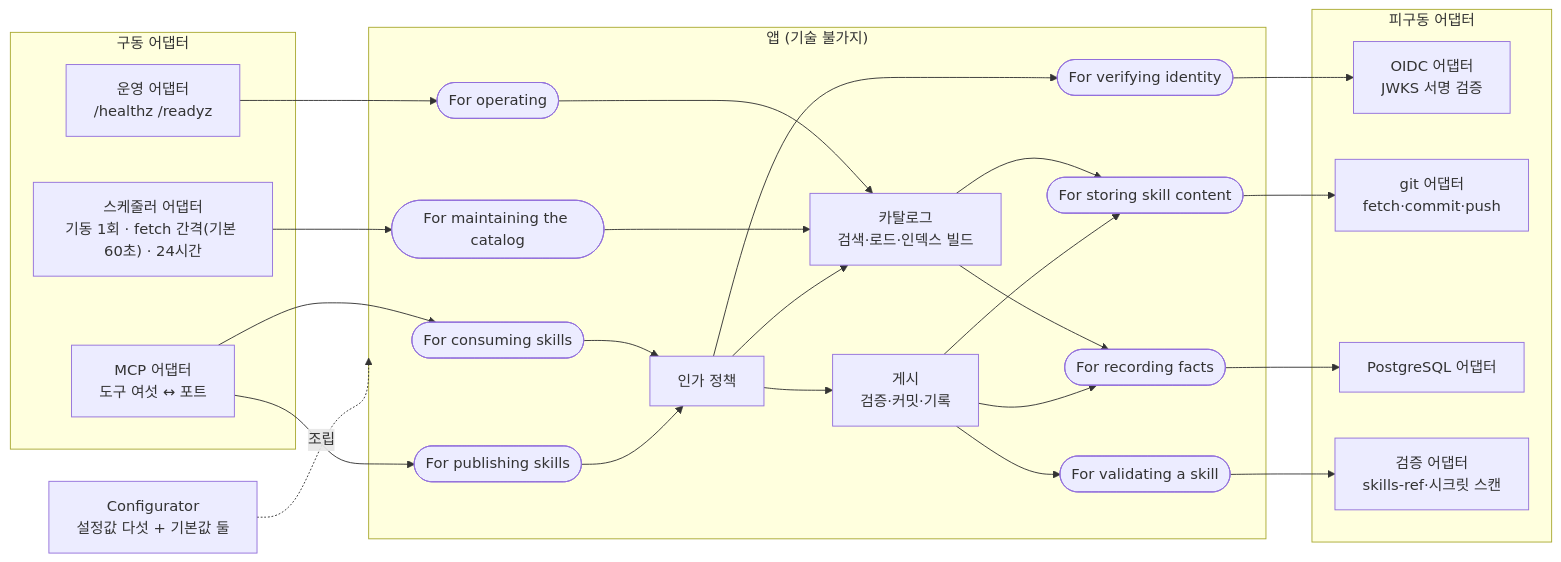
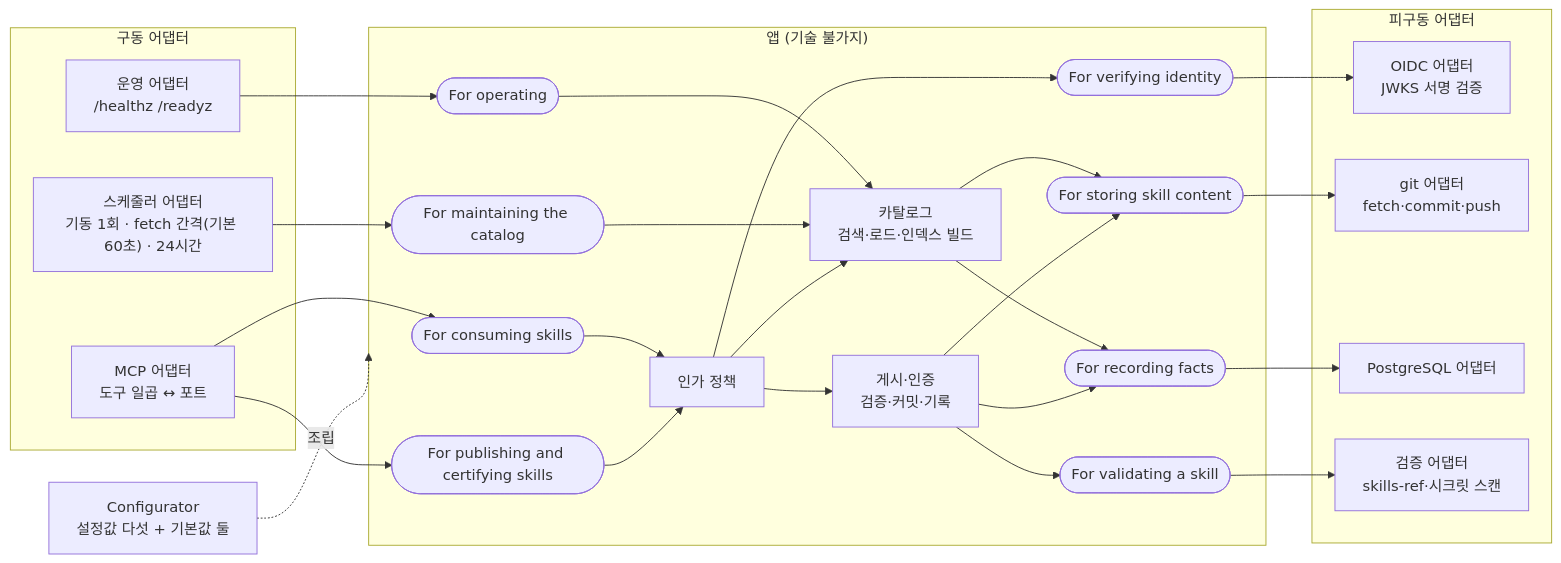
The second of 3 diagrams in DESIGN.md (alteralab/harness-catalog), drawn with Mermaid before and after one commit. The commit also changed other lines of this file and 4 other files, not shown here.

````diff
--- a/DESIGN.md
+++ b/DESIGN.md
@@ -83,49 +83,49 @@
 ```mermaid
 flowchart LR
     subgraph DRIVING["구동 어댑터"]
-        MCPA["MCP 어댑터<br/>도구 여섯 ↔ 포트"]
+        MCPA["MCP 어댑터<br/>도구 일곱 ↔ 포트"]
         OPSA["운영 어댑터<br/>/healthz /readyz"]
         SCHED["스케줄러 어댑터<br/>기동 1회 · fetch 간격(기본 60초) · 24시간"]
     end
     subgraph APP["앱 (기술 불가지)"]
         P1(["For consuming skills"])
-        P2(["For publishing skills"])
+        P2(["For publishing and certifying skills"])
         P3(["For operating"])
         P8(["For maintaining the catalog"])
         AUTHZ["인가 정책"]
         CATALOG["카탈로그<br/>검색·로드·인덱스 빌드"]
-        PUBLISH["게시<br/>검증·커밋·기록"]
+        PUBLISH["게시·인증<br/>검증·커밋·기록"]
         P4(["For verifying identity"])
         P5(["For storing skill content"])
         P6(["For recording facts"])
         P7(["For validating a skill"])
     end
     subgraph DRIVEN["피구동 어댑터"]
         OIDCA["OIDC 어댑터<br/>JWKS 서명 검증"]
         GITA["git 어댑터<br/>fetch·commit·push"]
         PGA["PostgreSQL 어댑터"]
         VALA["검증 어댑터<br/>skills-ref·시크릿 스캔"]
     end
     CONF["Configurator<br/>설정값 다섯 + 기본값 둘"]
     MCPA --> P1
     MCPA --> P2
     OPSA --> P3
     SCHED --> P8
     P3 --> CATALOG
     P8 --> CATALOG
     P1 --> AUTHZ
     P2 --> AUTHZ
     AUTHZ --> CATALOG
     AUTHZ --> PUBLISH
     AUTHZ --> P4
     CATALOG --> P5
     CATALOG --> P6
     PUBLISH --> P7
     PUBLISH --> P5
     PUBLISH --> P6
     P4 --> OIDCA
     P5 --> GITA
     P6 --> PGA
     P7 --> VALA
     CONF -. "조립" .-> APP
 ```
````
